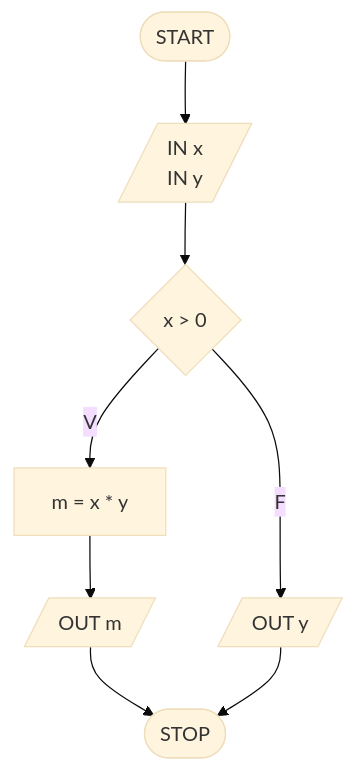
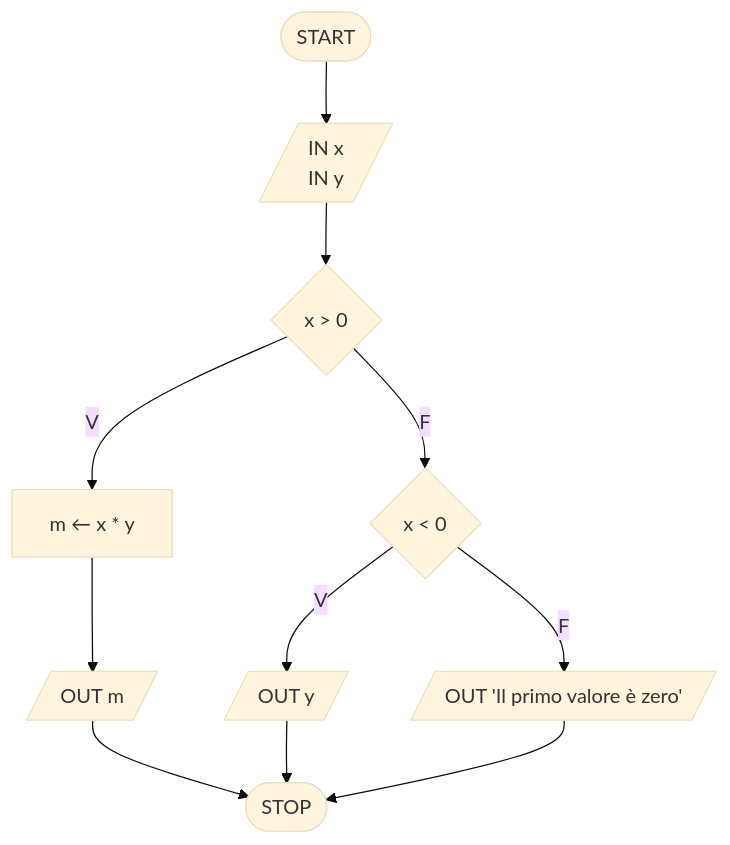
Before and after one commit to pg-laboratorio/flowcharts_laboratorio_esercizi: the sixth of 28 diagrams in flowcharts_soluzioni.md, drawn with Mermaid (base theme). The commit also changed other lines of this file, not shown here.

````diff
--- a/flowcharts_soluzioni.md
+++ b/flowcharts_soluzioni.md
@@ -109,11 +120,13 @@
 ```mermaid
 graph TD
-    START([START]) --> INPUT[/IN x<br>IN y/]
-    INPUT --> COND{"x > 0"}
-    COND -- V --> MULT[m = x * y]
-    COND -- F --> OUT_Y[/OUT y/]
-    MULT --> OUT_M[/OUT m/]
-    OUT_M --> STOP([STOP])
-    OUT_Y --> STOP
-
+    START([START]) --> INPUT[/"IN x<br>IN y"/]
+    INPUT --> C1{"x > 0"}
+    C1 -- V --> MULT["m ← x * y"]
+    MULT --> OM[/"OUT m"/]
+    C1 -- F --> C2{"x < 0"}
+    C2 -- V --> OY[/"OUT y"/]
+    C2 -- F --> OZ[/"OUT 'Il primo valore è zero'"/]
+    OM --> STOP([STOP])
+    OY --> STOP
+    OZ --> STOP
 ```
````
